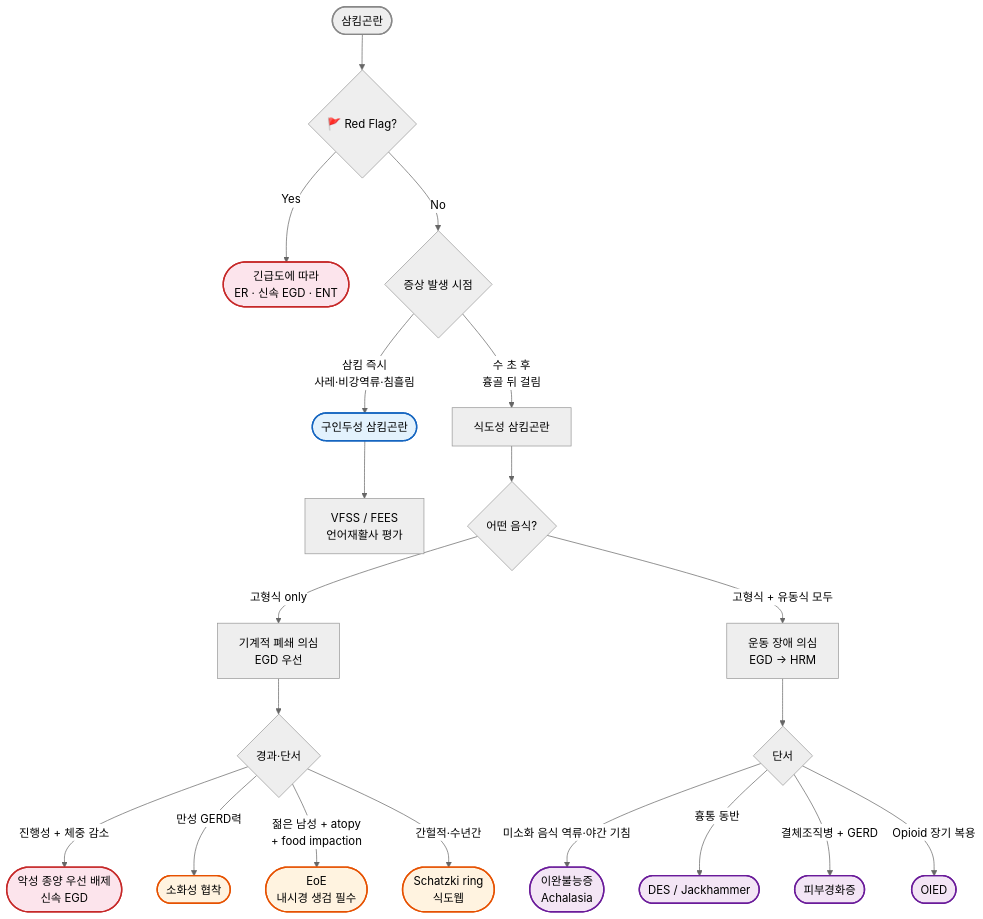
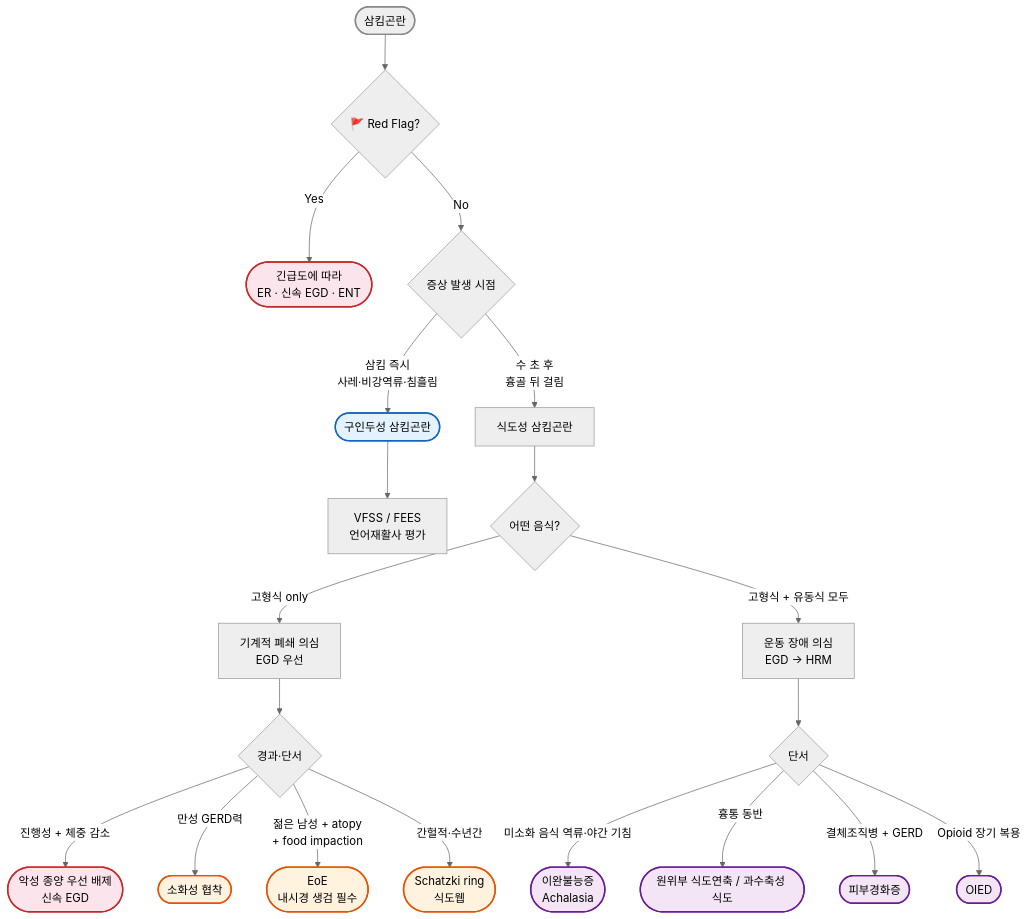
Before and after one commit to familyoh77/familyoh77: the diagram in 224_/077_-dysphagia.md, drawn with Mermaid (neutral theme). The commit also changed other lines of this file and 2 other files, not shown here.

````diff
--- a/224_/077_-dysphagia.md
+++ b/224_/077_-dysphagia.md
@@ -183,39 +190,39 @@
 ```mermaid
 flowchart TD
     A([삼킴곤란]) --> B{🚩 Red Flag?}
     B -->|Yes| C([긴급도에 따라<br/>ER · 신속 EGD · ENT])
 
     B -->|No| D{증상 발생 시점}
 
     D -->|삼킴 즉시<br/>사레·비강역류·침흘림| E([구인두성 삼킴곤란])
     E --> F[VFSS / FEES<br/>언어재활사 평가]
 
     D -->|수 초 후<br/>흉골 뒤 걸림| G[식도성 삼킴곤란]
     G --> H{어떤 음식?}
 
     H -->|고형식 only| I[기계적 폐쇄 의심<br/>EGD 우선]
     I --> J{경과·단서}
     J -->|진행성 + 체중 감소| K([악성 종양 우선 배제<br/>신속 EGD])
     J -->|만성 GERD력| L([소화성 협착])
     J -->|젊은 남성 + atopy<br/>+ food impaction| M([EoE<br/>내시경 생검 필수])
     J -->|간헐적·수년간| N([Schatzki ring<br/>식도웹])
 
     H -->|고형식 + 유동식 모두| O[운동 장애 의심<br/>EGD → HRM]
     O --> P{단서}
     P -->|미소화 음식 역류·야간 기침| Q([이완불능증<br/>Achalasia])
-    P -->|흉통 동반| R([DES / Jackhammer])
+    P -->|흉통 동반| R([원위부 식도연축 / 과수축성 식도])
     P -->|결체조직병 + GERD| S([피부경화증])
     P -->|Opioid 장기 복용| T([OIED])
 
     style A fill:#eeeeee,stroke:#888888,stroke-width:2px
     style C fill:#fce4ec,stroke:#c62828,stroke-width:2px
     style E fill:#e3f2fd,stroke:#1565c0,stroke-width:2px
     style K fill:#fce4ec,stroke:#c62828,stroke-width:2px
     style L fill:#fff3e0,stroke:#e65100,stroke-width:2px
     style M fill:#fff3e0,stroke:#e65100,stroke-width:2px
     style N fill:#fff3e0,stroke:#e65100,stroke-width:2px
     style Q fill:#f3e5f5,stroke:#6a1b9a,stroke-width:2px
     style R fill:#f3e5f5,stroke:#6a1b9a,stroke-width:2px
     style S fill:#f3e5f5,stroke:#6a1b9a,stroke-width:2px
     style T fill:#f3e5f5,stroke:#6a1b9a,stroke-width:2px
 ```
````
